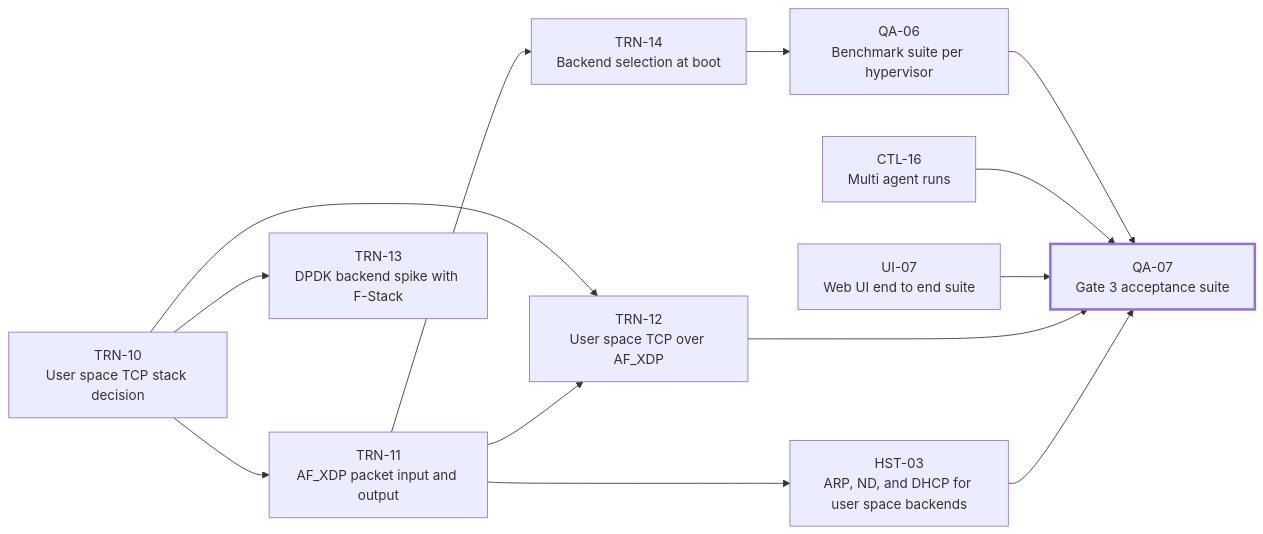
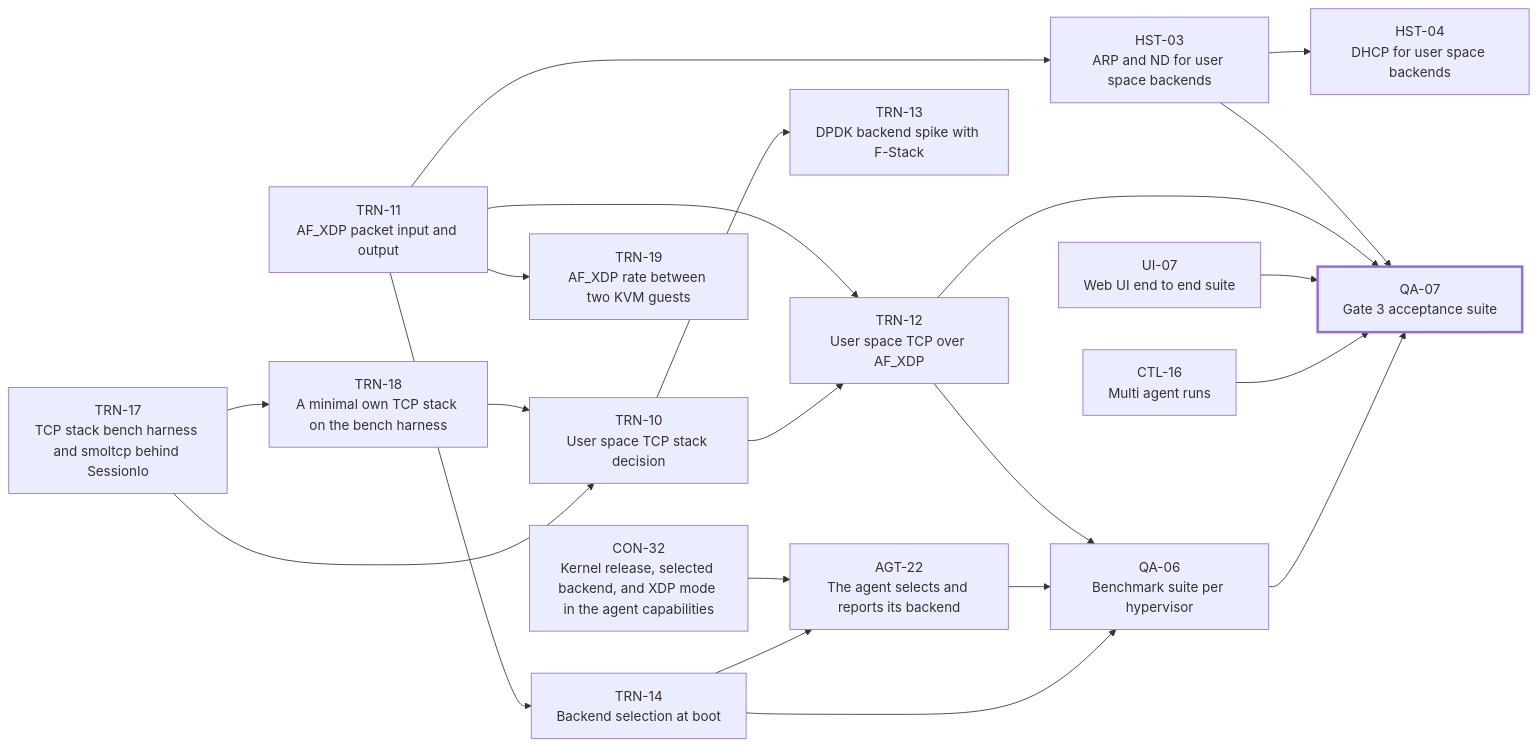
One commit to alrawi/FixingPointSystem changed the diagram in docs/wiki/Work-Packages-Phase-3.md. Above: the diagram before and after it, drawn with Mermaid. The commit also changed other lines of this file and 12 other files, not shown here.

````diff
--- a/docs/wiki/Work-Packages-Phase-3.md
+++ b/docs/wiki/Work-Packages-Phase-3.md
@@ -12,27 +12,41 @@
 ```mermaid
 flowchart LR
   TRN_10["TRN-10<br/>User space TCP stack decision"]
   TRN_11["TRN-11<br/>AF_XDP packet input and output"]
   TRN_12["TRN-12<br/>User space TCP over AF_XDP"]
-  HST_03["HST-03<br/>ARP, ND, and DHCP for user space backends"]
+  HST_03["HST-03<br/>ARP and ND for user space backends"]
   TRN_13["TRN-13<br/>DPDK backend spike with F-Stack"]
   TRN_14["TRN-14<br/>Backend selection at boot"]
   CTL_16["CTL-16<br/>Multi agent runs"]
   UI_07["UI-07<br/>Web UI end to end suite"]
   QA_06["QA-06<br/>Benchmark suite per hypervisor"]
   QA_07["QA-07<br/>Gate 3 acceptance suite"]
-  TRN_10 --> TRN_11
+  TRN_17["TRN-17<br/>TCP stack bench harness and smoltcp behind SessionIo"]
+  TRN_18["TRN-18<br/>A minimal own TCP stack on the bench harness"]
+  TRN_19["TRN-19<br/>AF_XDP rate between two KVM guests"]
+  HST_04["HST-04<br/>DHCP for user space backends"]
+  AGT_22["AGT-22<br/>The agent selects and reports its backend"]
+  CON_32["CON-32<br/>Kernel release, selected backend, and XDP mode in the agent capabilities"]
+  TRN_17 --> TRN_10
+  TRN_18 --> TRN_10
   TRN_10 --> TRN_12
   TRN_11 --> TRN_12
   TRN_11 --> HST_03
   TRN_10 --> TRN_13
   TRN_11 --> TRN_14
   TRN_14 --> QA_06
+  AGT_22 --> QA_06
+  TRN_12 --> QA_06
   QA_06 --> QA_07
   CTL_16 --> QA_07
   UI_07 --> QA_07
   TRN_12 --> QA_07
   HST_03 --> QA_07
+  TRN_17 --> TRN_18
+  TRN_11 --> TRN_19
+  HST_03 --> HST_04
+  TRN_14 --> AGT_22
+  CON_32 --> AGT_22
   classDef critical stroke-width:3px
   class QA_07 critical
 ```
````
